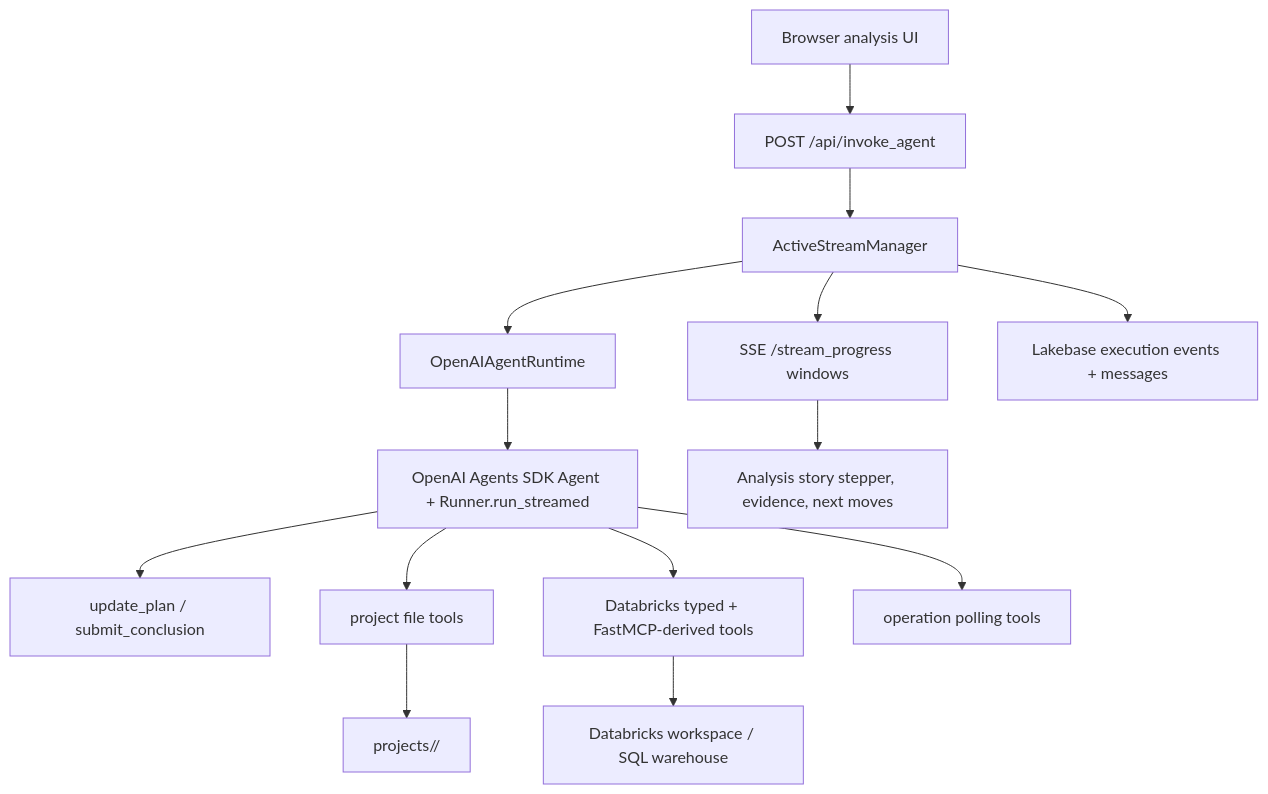
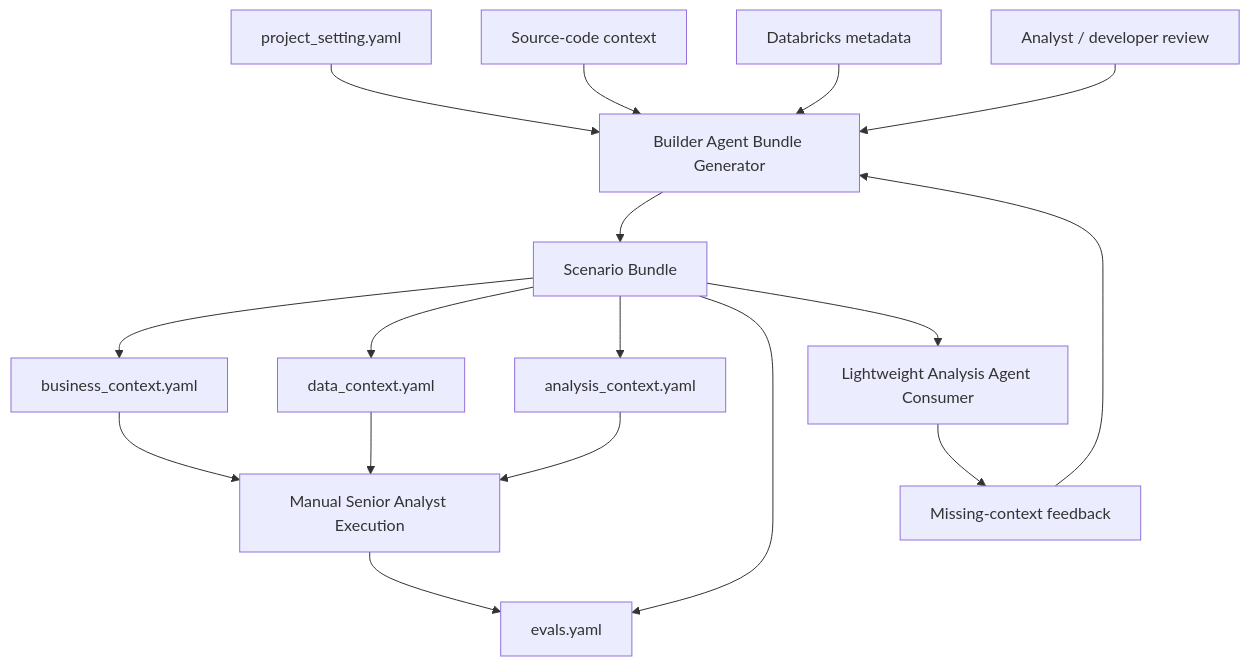
The diagram in docs/builder-app-oai/v0.2-business-analysis/gap-analysis.md (zhouhang-chn/databricks-ai-dev-kit), drawn with Mermaid before and after one commit. The commit also changed other lines of this file and 11 other files, not shown here.

Commit message:
Refactor v0.2 builder agent docs

````diff
--- a/docs/builder-app-oai/v0.2-business-analysis/gap-analysis.md
+++ b/docs/builder-app-oai/v0.2-business-analysis/gap-analysis.md
@@ -81,16 +89,19 @@
 ```mermaid
 flowchart TD
-  User["Browser analysis UI"] --> API["POST /api/invoke_agent"]
-  API --> Stream["ActiveStreamManager"]
-  Stream --> Runtime["OpenAIAgentRuntime"]
-  Runtime --> Agent["OpenAI Agents SDK Agent + Runner.run_streamed"]
-  Agent --> PlanTools["update_plan / submit_conclusion"]
-  Agent --> FileTools["project file tools"]
-  Agent --> DbxTools["Databricks typed + FastMCP-derived tools"]
-  Agent --> OpTools["operation polling tools"]
-  DbxTools --> Databricks["Databricks workspace / SQL warehouse"]
-  FileTools --> ProjectFS["projects/<project_id>/"]
-  Stream --> SSE["SSE /stream_progress windows"]
-  Stream --> DB["Lakebase execution events + messages"]
-  SSE --> Story["Analysis story stepper, evidence, next moves"]
+  Setting["project_setting.yaml"] --> Generator["Builder Agent Bundle Generator"]
+  Source["Source-code context"] --> Generator
+  DbxMeta["Databricks metadata"] --> Generator
+  Review["Analyst / developer review"] --> Generator
+  Generator --> Bundle["Scenario Bundle"]
+  Bundle --> Scenario["business_context.yaml"]
+  Bundle --> Data["data_context.yaml"]
+  Bundle --> Analysis["analysis_context.yaml"]
+  Bundle --> Evals["evals.yaml"]
+  Scenario --> Manual["Manual Senior Analyst Execution"]
+  Data --> Manual
+  Analysis --> Manual
+  Manual --> Evals
+  Bundle --> Consumer["Lightweight Analysis Agent Consumer"]
+  Consumer --> Feedback["Missing-context feedback"]
+  Feedback --> Generator
 ```
````
